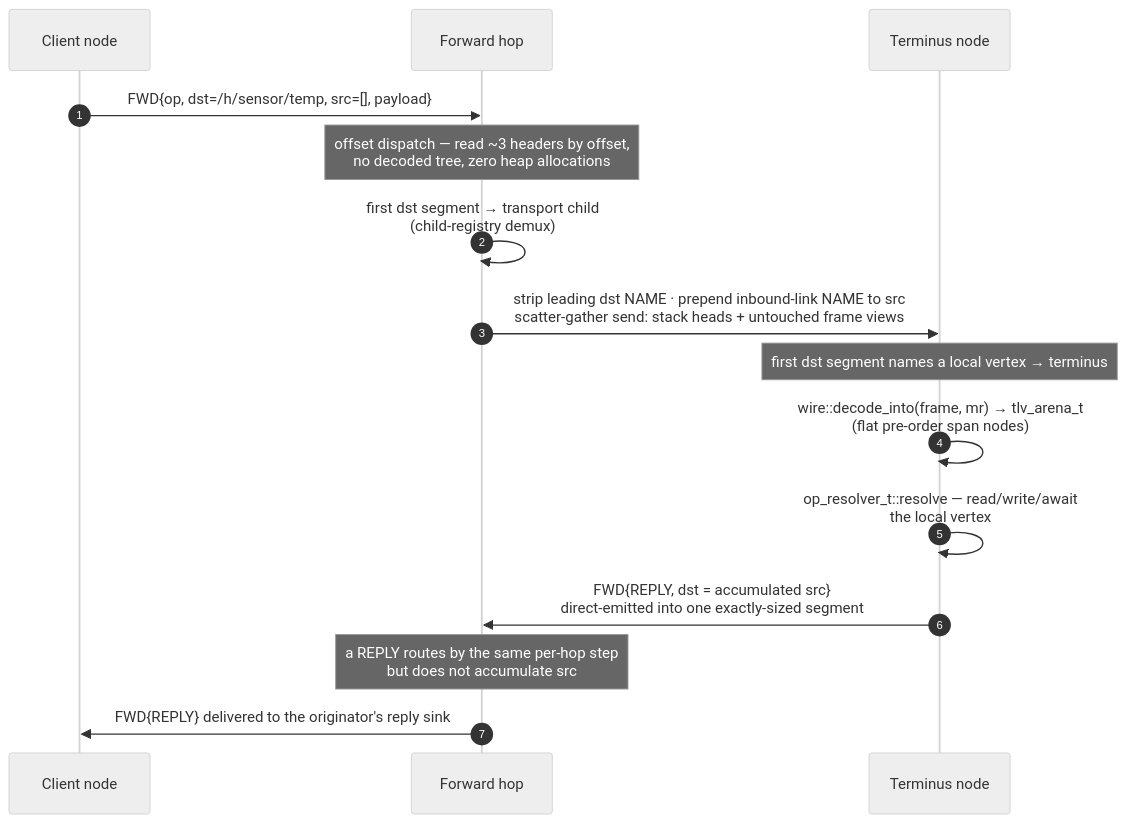
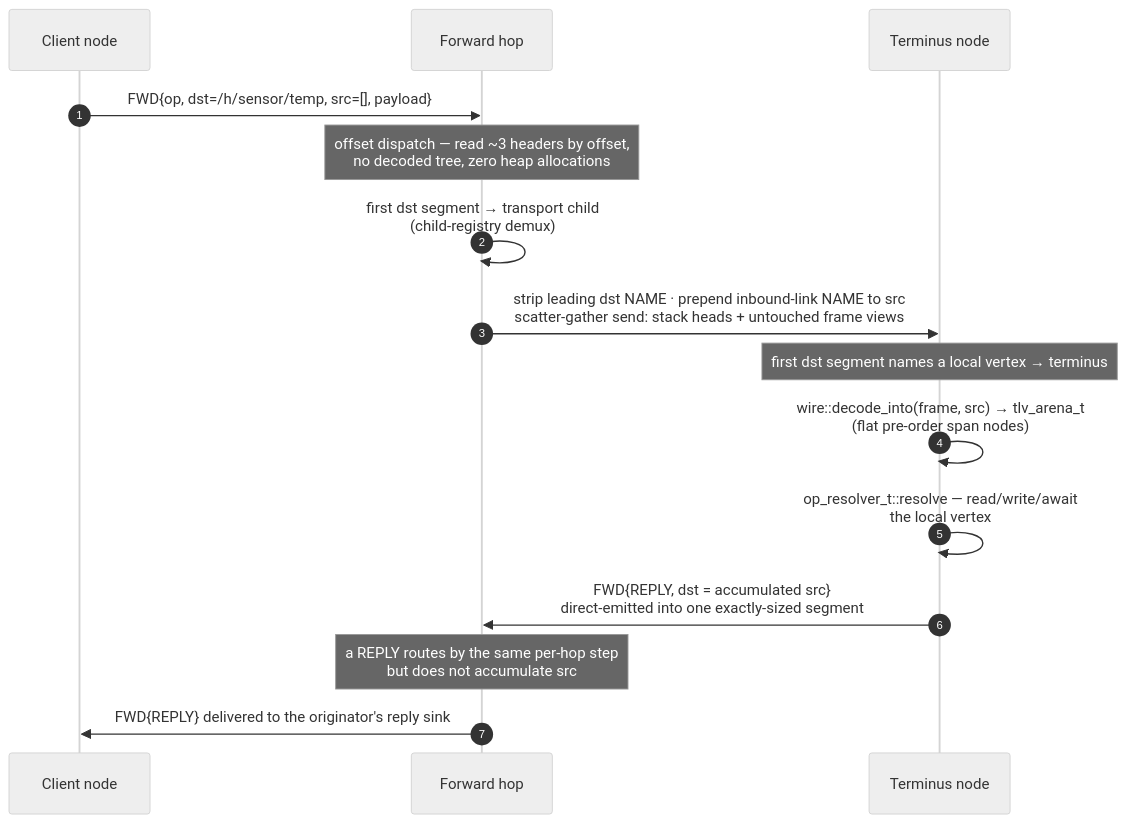
One commit to avatarsd-llc/libtracer changed the second of 5 diagrams in docs/reference/04-communication-flows.md. Above: the diagram before and after it, drawn with Mermaid (neutral theme). The commit also changed other lines of this file and 25 other files, not shown here.

````diff
--- a/docs/reference/04-communication-flows.md
+++ b/docs/reference/04-communication-flows.md
@@ -219,17 +223,17 @@
 ```{mermaid}
 sequenceDiagram
     autonumber
     participant C as Client node
     participant H as Forward hop
     participant T as Terminus node
     C->>H: FWD{op, dst=/h/sensor/temp, src=[], payload}
     Note over H: offset dispatch — read ~3 headers by offset,<br/>no decoded tree, zero heap allocations
     H->>H: first dst segment → transport child<br/>(child-registry demux)
     H->>T: strip leading dst NAME · prepend inbound-link NAME to src<br/>scatter-gather send: stack heads + untouched frame views
     Note over T: first dst segment names a local vertex → terminus
-    T->>T: wire::decode_into(frame, mr) → tlv_arena_t<br/>(flat pre-order span nodes)
+    T->>T: wire::decode_into(frame, src) → tlv_arena_t<br/>(flat pre-order span nodes)
     T->>T: op_resolver_t::resolve — read/write/await<br/>the local vertex
     T->>H: FWD{REPLY, dst = accumulated src}<br/>direct-emitted into one exactly-sized segment
     Note over H: a REPLY routes by the same per-hop step<br/>but does not accumulate src
     H->>C: FWD{REPLY} delivered to the originator's reply sink
 ```
````
